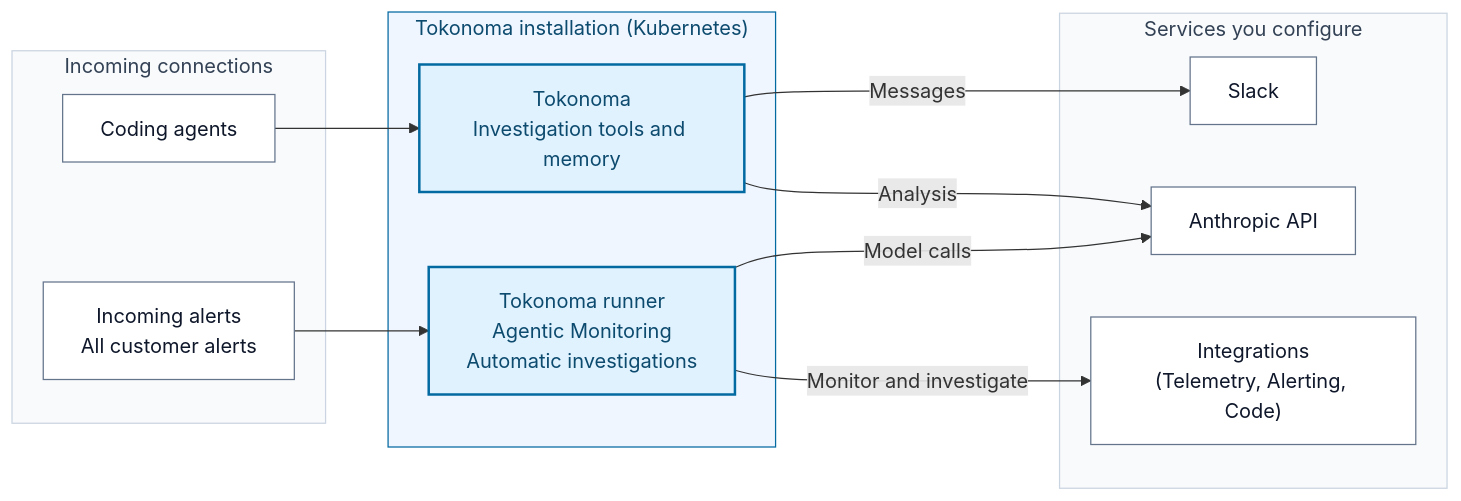
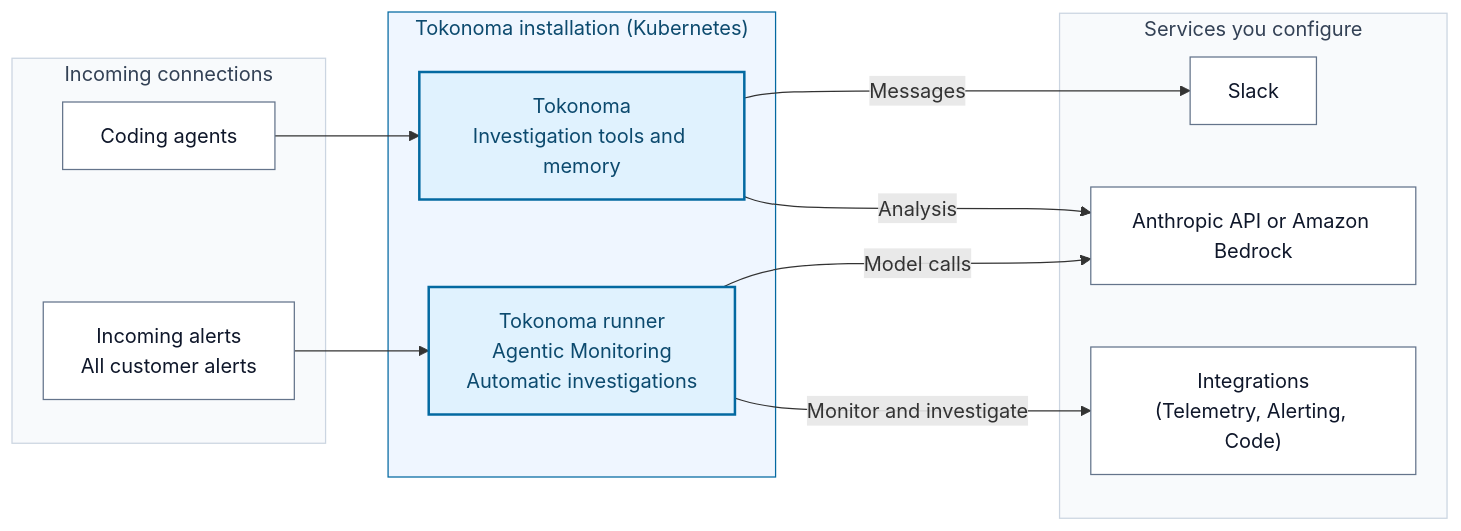
One commit to tokonoma-ai/tokonoma-docs changed the diagram in README.md. Above: the diagram before and after it, drawn with Mermaid. The commit also changed other lines of this file and 10 other files, not shown here.

Commit message:
docs: run Tokonoma on Amazon Bedrock (#25)

````diff
--- a/README.md
+++ b/README.md
@@ -22,32 +22,32 @@
 ```mermaid
 flowchart LR
   accTitle: Tokonoma in your environment
   accDescr: Coding agents connect to Tokonoma. All customer alerts from connected sources reach the required Tokonoma runner for automatic investigations. The runner also queries integrations for Agentic Monitoring independently of incoming alerts. Tokonoma runs on Kubernetes; monitored services can run elsewhere. Tokonoma connects to Slack and the Anthropic API. The runner connects to the Anthropic API and permitted integrations. Arrows show who opens each external connection.
   subgraph Inputs["Incoming connections"]
     Agents["Coding agents"]
     Alerts["Incoming alerts<br/>All customer alerts"]
   end
   subgraph Cluster["Tokonoma installation (Kubernetes)"]
     Tokonoma["Tokonoma<br/>Investigation tools and memory"]
     Runner["Tokonoma runner<br/>Agentic Monitoring<br/>Automatic investigations"]
   end
   subgraph Connections["Services you configure"]
     Slack["Slack"]
-    Models["Anthropic API"]
+    Models["Anthropic API or Amazon Bedrock"]
     Tools["Integrations<br/>(Telemetry, Alerting, Code)"]
   end
   Agents --> Tokonoma
   Alerts --> Runner
   Tokonoma -->|"Messages"| Slack
   Tokonoma -->|"Analysis"| Models
   Runner -->|"Model calls"| Models
   Runner -->|"Monitor and investigate"| Tools
 
   classDef service fill:#e0f2fe,stroke:#0369a1,color:#0c4a6e,stroke-width:2px
   classDef external fill:#fff,stroke:#64748b,color:#0f172a
   class Tokonoma,Runner service
   class Agents,Alerts,Slack,Tools,Models external
   style Cluster fill:#eff6ff,stroke:#0369a1,color:#0c4a6e
   style Inputs fill:#f8fafc,stroke:#cbd5e1,color:#334155
   style Connections fill:#f8fafc,stroke:#cbd5e1,color:#334155
 ```
````
